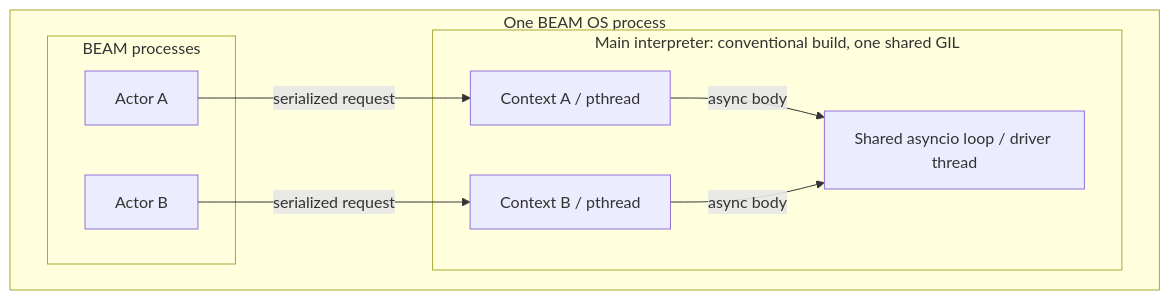
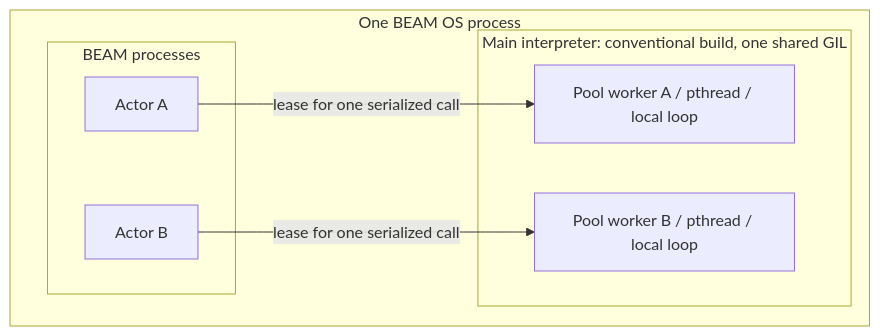
One commit to h0rv/pybeam changed the first of 2 diagrams in docs/research/execution-model.md. Above: the diagram before and after it, drawn with Mermaid. The commit also changed other lines of this file and 25 other files, not shown here.

````diff
--- a/docs/research/execution-model.md
+++ b/docs/research/execution-model.md
@@ -45,18 +45,15 @@
 ```mermaid
 flowchart TB
   subgraph VM["One BEAM OS process"]
     subgraph OTP["BEAM processes"]
       A["Actor A"]
       B["Actor B"]
     end
     subgraph PY["Main interpreter: conventional build, one shared GIL"]
-      CA["Context A / pthread"]
-      CB["Context B / pthread"]
-      L["Shared asyncio loop / driver thread"]
-      CA -->|async body| L
-      CB -->|async body| L
+      CA["Pool worker A / pthread / local loop"]
+      CB["Pool worker B / pthread / local loop"]
     end
-    A -->|serialized request| CA
-    B -->|serialized request| CB
+    A -->|lease for one serialized call| CA
+    B -->|lease for one serialized call| CB
   end
 ```
````
